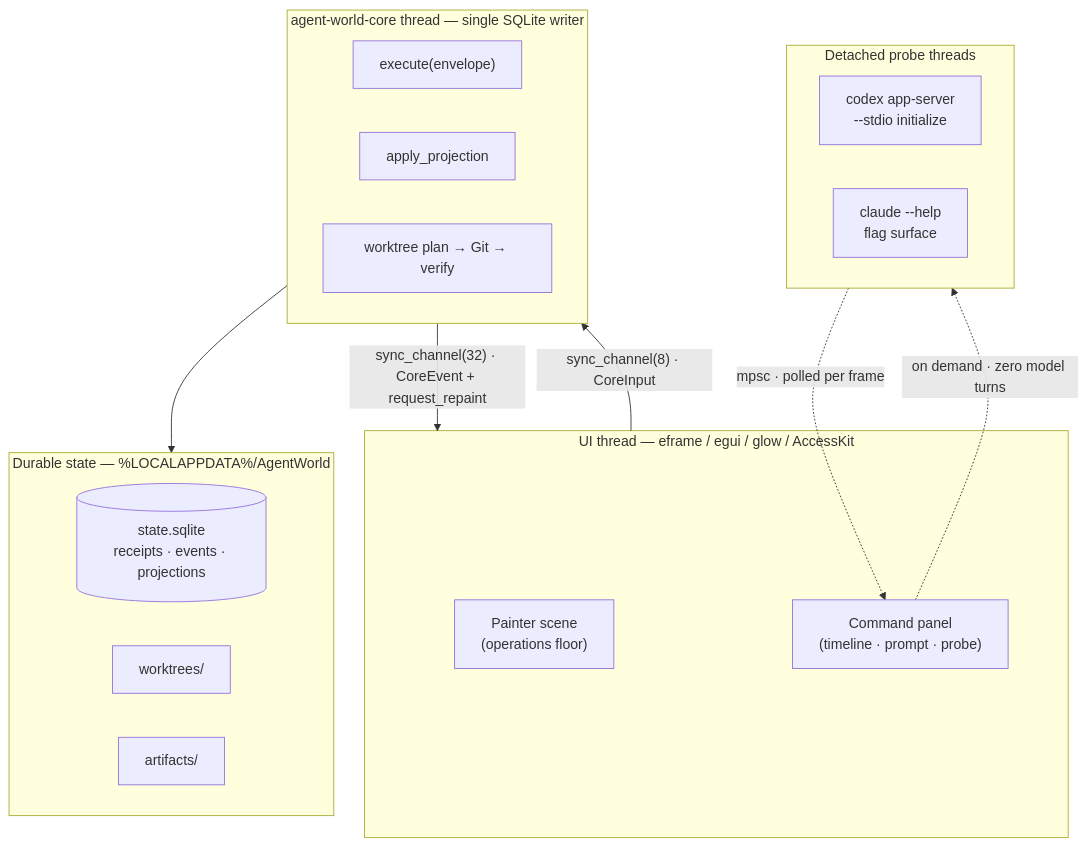
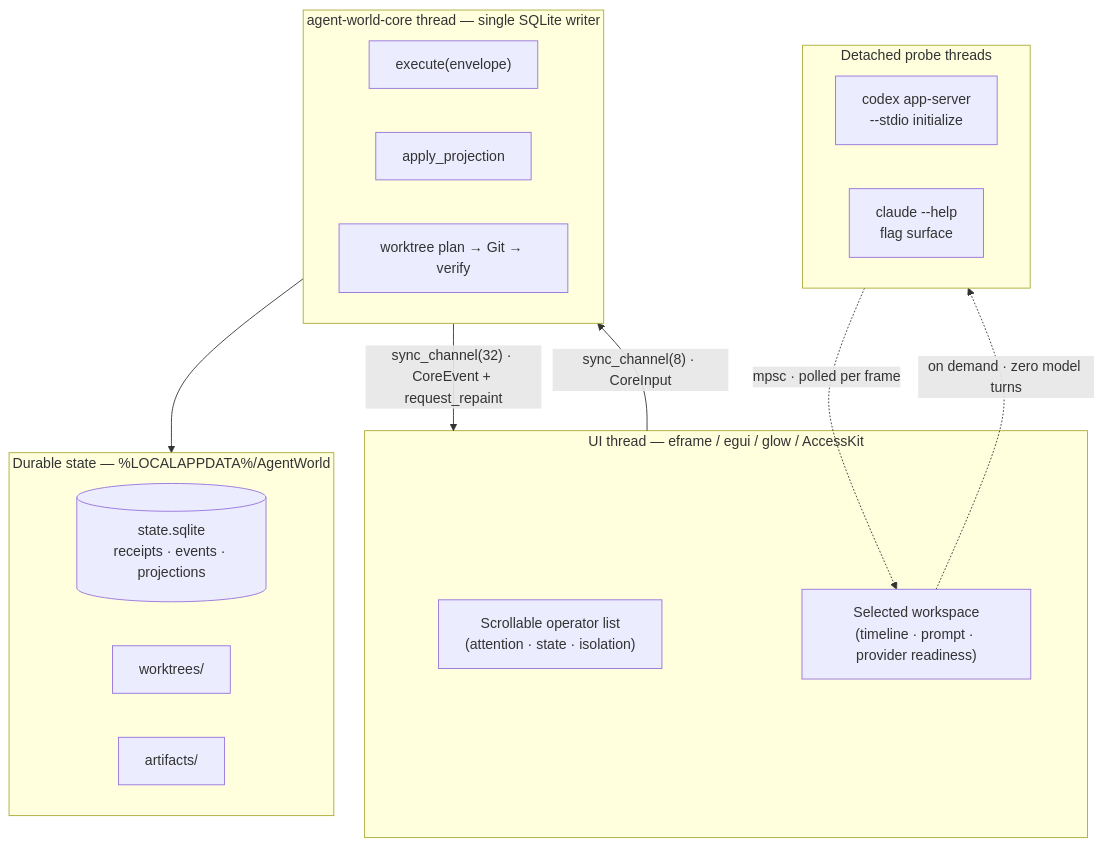
The first of 2 diagrams in docs/ARCHITECTURE.md (Viseriontarg/agent-world), drawn with Mermaid before and after one commit. The commit also changed other lines of this file and 8 other files, not shown here.

````diff
--- a/docs/ARCHITECTURE.md
+++ b/docs/ARCHITECTURE.md
@@ -11,30 +11,30 @@
 ```mermaid
 flowchart TB
     subgraph UI["UI thread — eframe / egui / glow / AccessKit"]
-        scene["Painter scene<br/>(operations floor)"]
-        panel["Command panel<br/>(timeline · prompt · probe)"]
+        operators["Scrollable operator list<br/>(attention · state · isolation)"]
+        workspace["Selected workspace<br/>(timeline · prompt · provider readiness)"]
     end
 
     subgraph CORE["agent-world-core thread — single SQLite writer"]
         exec["execute(envelope)"]
         proj["apply_projection"]
         git["worktree plan → Git → verify"]
     end
 
     subgraph DUR["Durable state — %LOCALAPPDATA%/AgentWorld"]
         db[("state.sqlite<br/>receipts · events · projections")]
         wt["worktrees/"]
         art["artifacts/"]
     end
 
     subgraph PROBE["Detached probe threads"]
         codex["codex app-server<br/>--stdio initialize"]
         claude["claude --help<br/>flag surface"]
     end
 
     UI -->|"sync_channel(8) · CoreInput"| CORE
     CORE -->|"sync_channel(32) · CoreEvent + request_repaint"| UI
     CORE --> DUR
-    panel -.->|"on demand · zero model turns"| PROBE
-    PROBE -.->|"mpsc · polled per frame"| panel
+    workspace -.->|"on demand · zero model turns"| PROBE
+    PROBE -.->|"mpsc · polled per frame"| workspace
 ```
````
